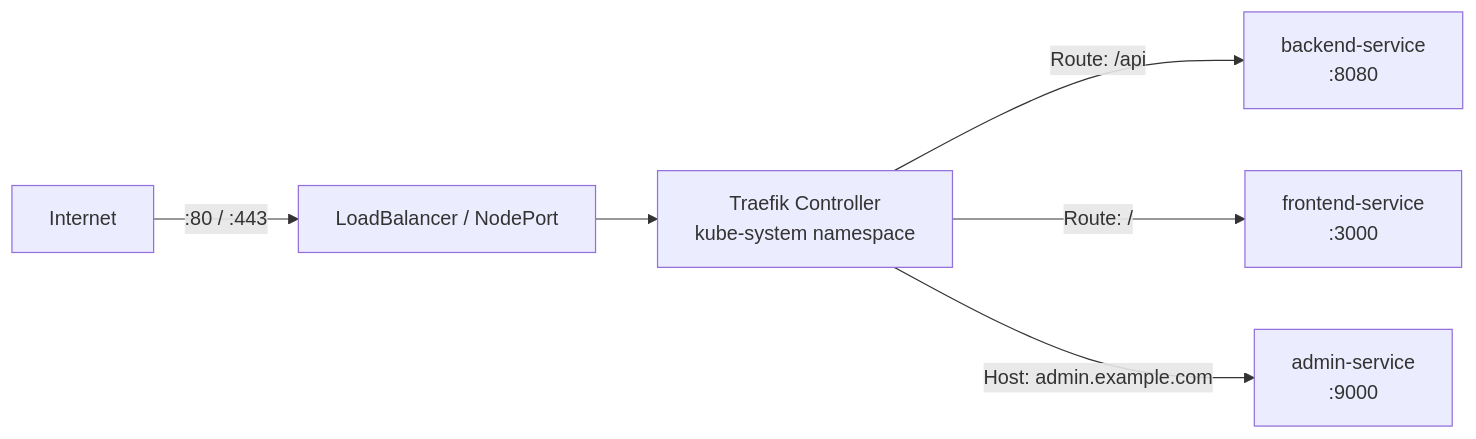
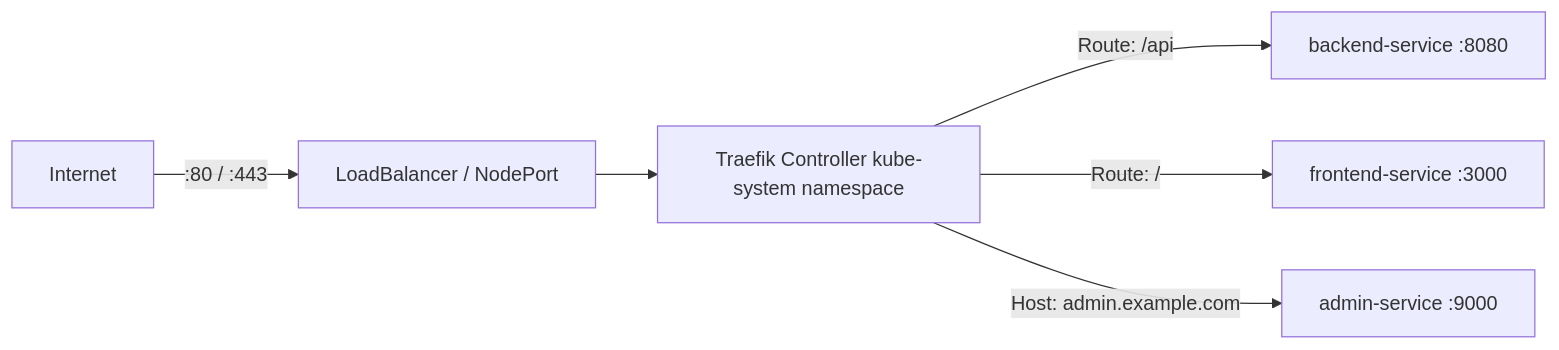
One commit to UncleJS/course_k3s changed the first of 2 diagrams in 07_ingress_and_tls/01_traefik_builtin.md. Above: the diagram before and after it, drawn with Mermaid. The commit also changed other lines of this file and 57 other files, not shown here.

````diff
--- a/07_ingress_and_tls/01_traefik_builtin.md
+++ b/07_ingress_and_tls/01_traefik_builtin.md
@@ -30,8 +30,8 @@
 ```mermaid
 graph LR
     Internet -->|:80 / :443| LB[LoadBalancer / NodePort]
-    LB --> TC[Traefik Controller\nkube-system namespace]
-    TC -->|Route: /api| SVC1[backend-service\n:8080]
-    TC -->|Route: /| SVC2[frontend-service\n:3000]
-    TC -->|Host: admin.example.com| SVC3[admin-service\n:9000]
+    LB --> TC[Traefik Controller kube-system namespace]
+    TC -->|Route: /api| SVC1[backend-service :8080]
+    TC -->|Route: /| SVC2[frontend-service :3000]
+    TC -->|Host: admin.example.com| SVC3[admin-service :9000]
 ```
````
